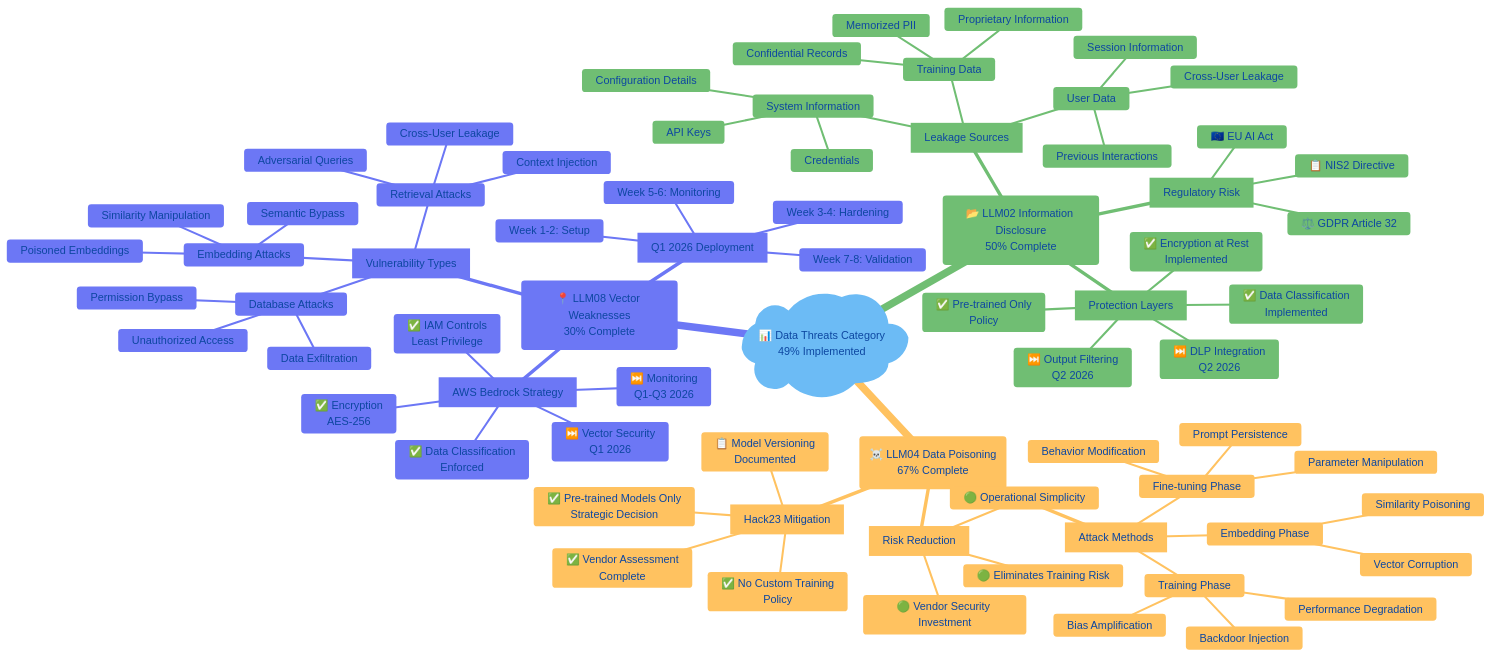
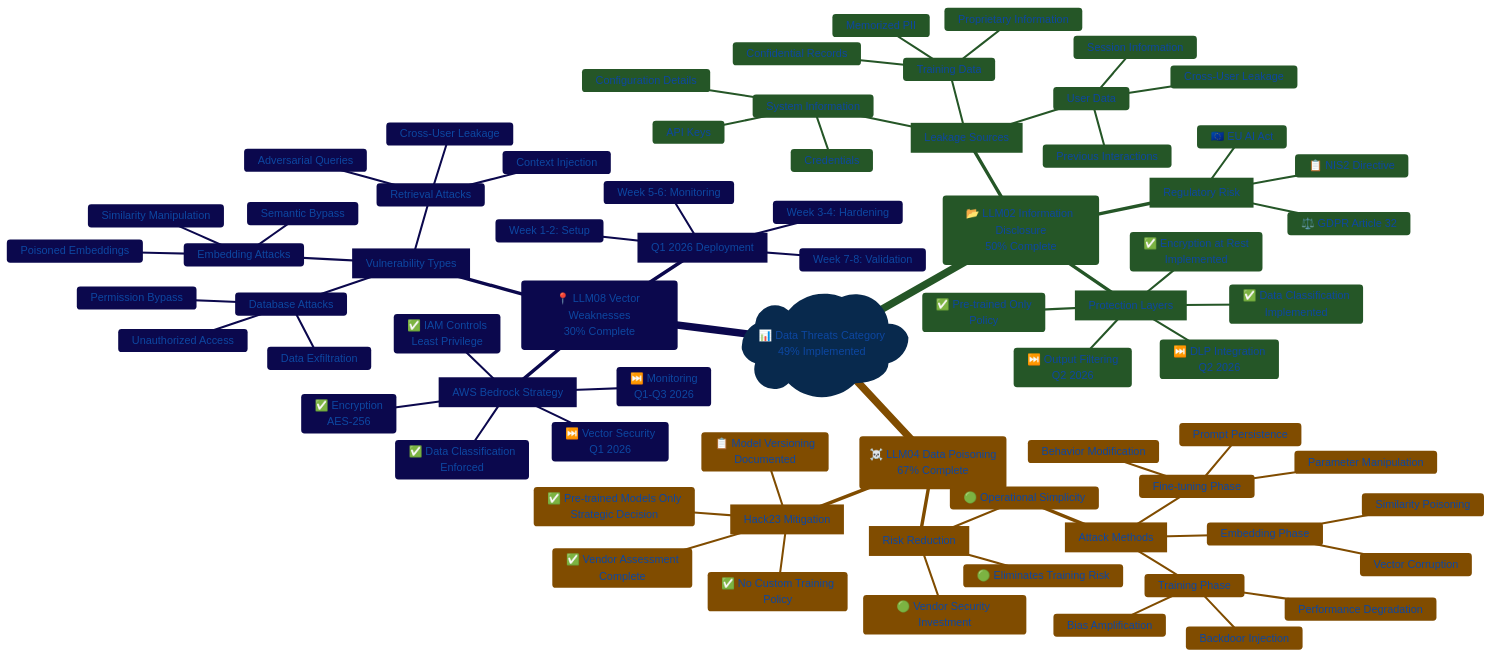
One commit to Hack23/ISMS-PUBLIC changed the sixth of 15 diagrams in OWASP_LLM_Security_Policy.md. Above: the diagram before and after it, drawn with Mermaid. The commit also changed other lines of this file and 35 other files, not shown here.

```diff
--- a/OWASP_LLM_Security_Policy.md
+++ b/OWASP_LLM_Security_Policy.md
@@ -611,11 +611,11 @@
   init: {
     'theme': 'base',
     'themeVariables': {
-      'primaryColor': '#e3f2fd',
+      'primaryColor': '#1565C0',
       'primaryTextColor': '#0d47a1',
-      'lineColor': '#42a5f5',
-      'secondaryColor': '#c8e6c9',
-      'tertiaryColor': '#fff3e0'
+      'lineColor': '#1565C0',
+      'secondaryColor': '#4CAF50',
+      'tertiaryColor': '#FF9800'
     }
   }
 }%%
```
